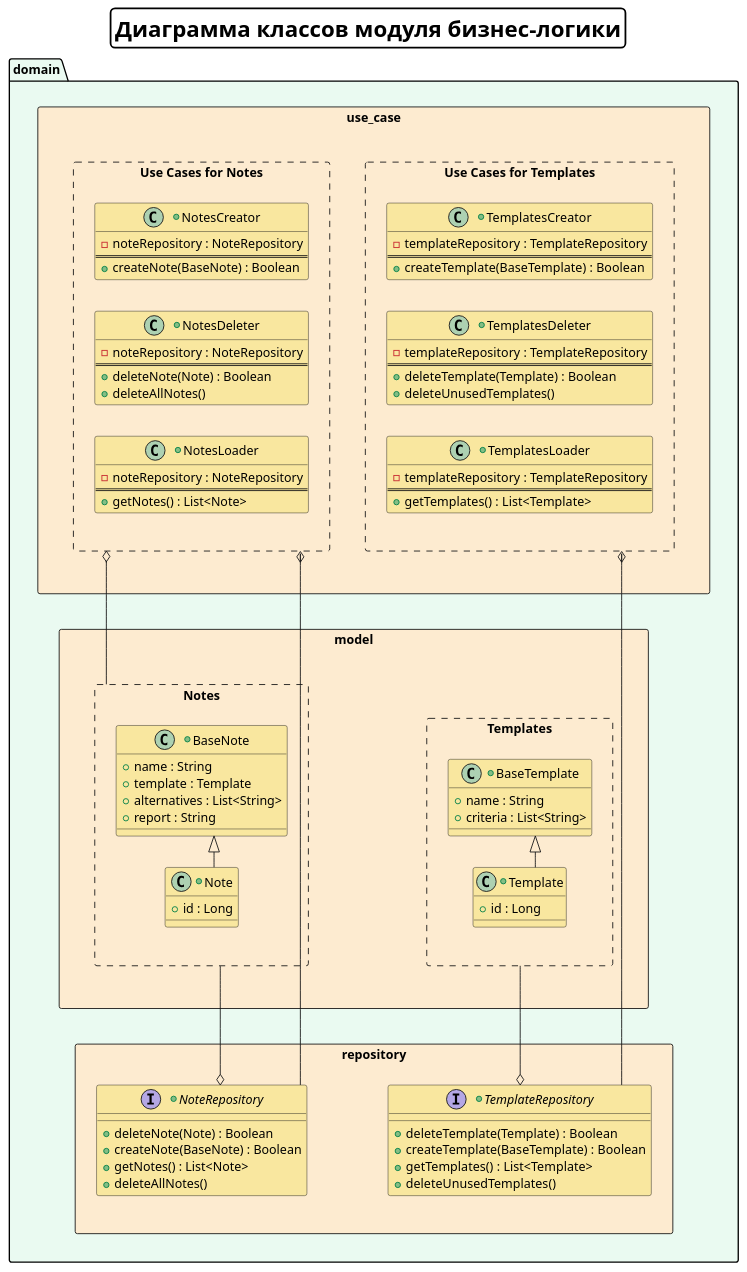
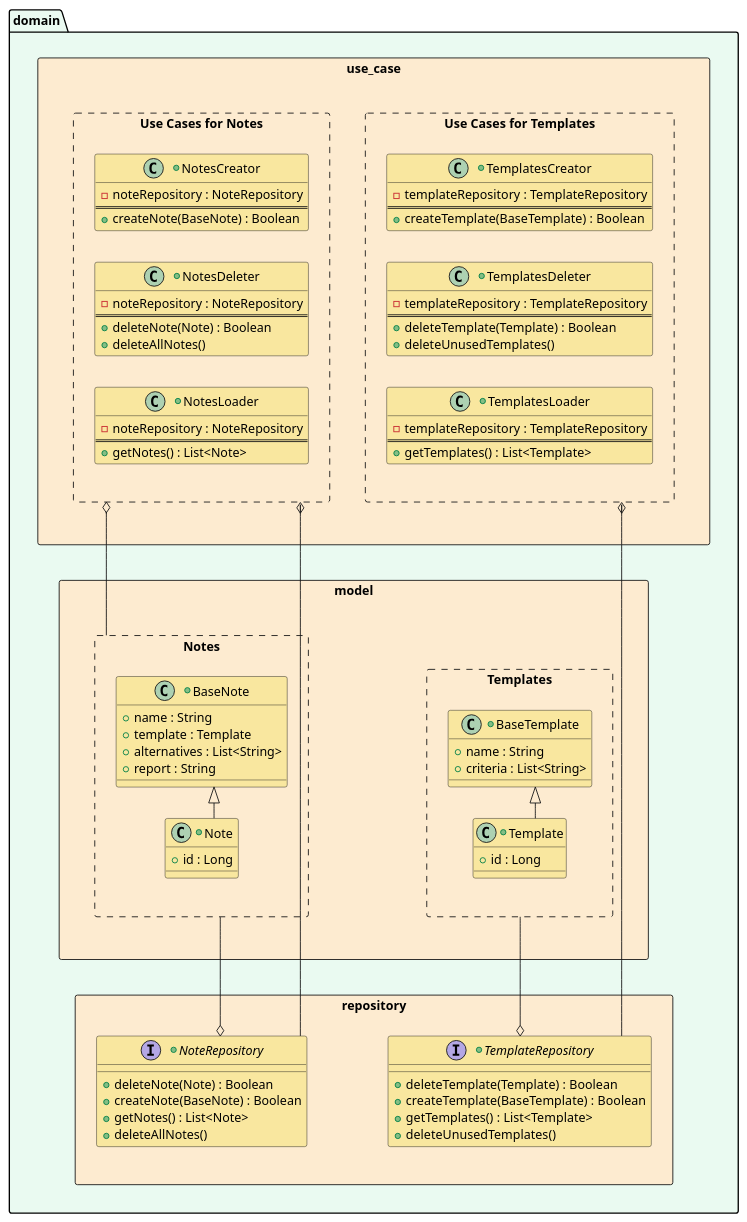
The diagram in diagrams/architecture/domain.puml (ethernet389/MAI-2), drawn with PlantUML before and after one commit. The commit also changed 11 other files, not shown here.

Commit message:
Add compiled puml diagrams

```diff
--- a/diagrams/architecture/domain.puml
+++ b/diagrams/architecture/domain.puml
@@ -1,138 +1,137 @@
 @startuml
 
 left to right direction
 skinparam linetype ortho
 skinparam titleBorderRoundCorner 10
 skinparam titleBorderThickness 2
 skinparam titleBorderColor black
 skinparam titleFontSize 25
 
 skinparam PackageBackgroundColor #EAFAF1
 skinparam RectangleBackgroundColor #FDEBD0
 skinparam ClassBackgroundColor #F9E79F
 
-title Диаграмма классов модуля бизнес-логики
 
 /' Object '/
 package domain {
     rectangle use_case {
         rectangle "Use Cases for Notes" #line.dashed {
             +class NotesCreator {
                 -noteRepository : NoteRepository
                 ==
                 +createNote(BaseNote) : Boolean
             }
 
             +class NotesDeleter {
                 -noteRepository : NoteRepository
                 ==
                 +deleteNote(Note) : Boolean
                 +deleteAllNotes()
             }
 
             +class NotesLoader {
                 -noteRepository : NoteRepository
                 ==
                 +getNotes() : List<Note>
             }
         }
 
 
         rectangle "Use Cases for Templates" #line.dashed {
             +class TemplatesCreator {
                 -templateRepository : TemplateRepository
                 ==
                 +createTemplate(BaseTemplate) : Boolean
             }
 
             +class TemplatesDeleter {
                 -templateRepository : TemplateRepository
                 ==
                 +deleteTemplate(Template) : Boolean
                 +deleteUnusedTemplates()
             }
 
             +class TemplatesLoader {
                 -templateRepository : TemplateRepository
                 ==
                 +getTemplates() : List<Template>
             }
         }
     }
 
 
     rectangle model {
         rectangle Notes #line.dashed {
             +class BaseNote {
                 +name : String
                 +template : Template
                 +alternatives : List<String>
                 +report : String
             }
 
             +class Note {
                 +id : Long
             }
         }
 
 
         rectangle Templates #line.dashed {
             +class Template {
                 +id : Long
             }
 
             +class BaseTemplate {
                 +name : String
                 +criteria : List<String>
             }
         }
     }
 
 
     rectangle repository {
         +interface NoteRepository {
             +deleteNote(Note) : Boolean
             +createNote(BaseNote) : Boolean
             +getNotes() : List<Note>
             +deleteAllNotes()
         }
 
         +interface TemplateRepository {
             +deleteTemplate(Template) : Boolean
             +createTemplate(BaseTemplate) : Boolean
             +getTemplates() : List<Template>
             +deleteUnusedTemplates()
         }
     }
 }
 
 /' use_case position '/
 NotesLoader -[hidden]r- NotesDeleter
 NotesDeleter -[hidden]r- NotesCreator
 TemplatesLoader -[hidden]r- TemplatesDeleter
 TemplatesDeleter -[hidden]r- TemplatesCreator
 TemplatesDeleter -[hidden]u- NotesDeleter
 
 /' model position '/
 Note -[hidden]l- BaseNote
 Template -[hidden]r- BaseTemplate
 Template -[hidden]u- Note
 
 /' repository position '/
 NoteRepository -[hidden]d- TemplateRepository
 
 /' package position '/
 use_case -[hidden]r- model
 model -[hidden]r- repository
 
 /' Relations '/
 Note --|> BaseNote
 Template --|> BaseTemplate
 Templates --ro TemplateRepository
 Notes --ro NoteRepository
 
 NoteRepository --lo "Use Cases for Notes"
 TemplateRepository --lo "Use Cases for Templates"
 Notes --lo "Use Cases for Notes"
 
 @enduml
```
